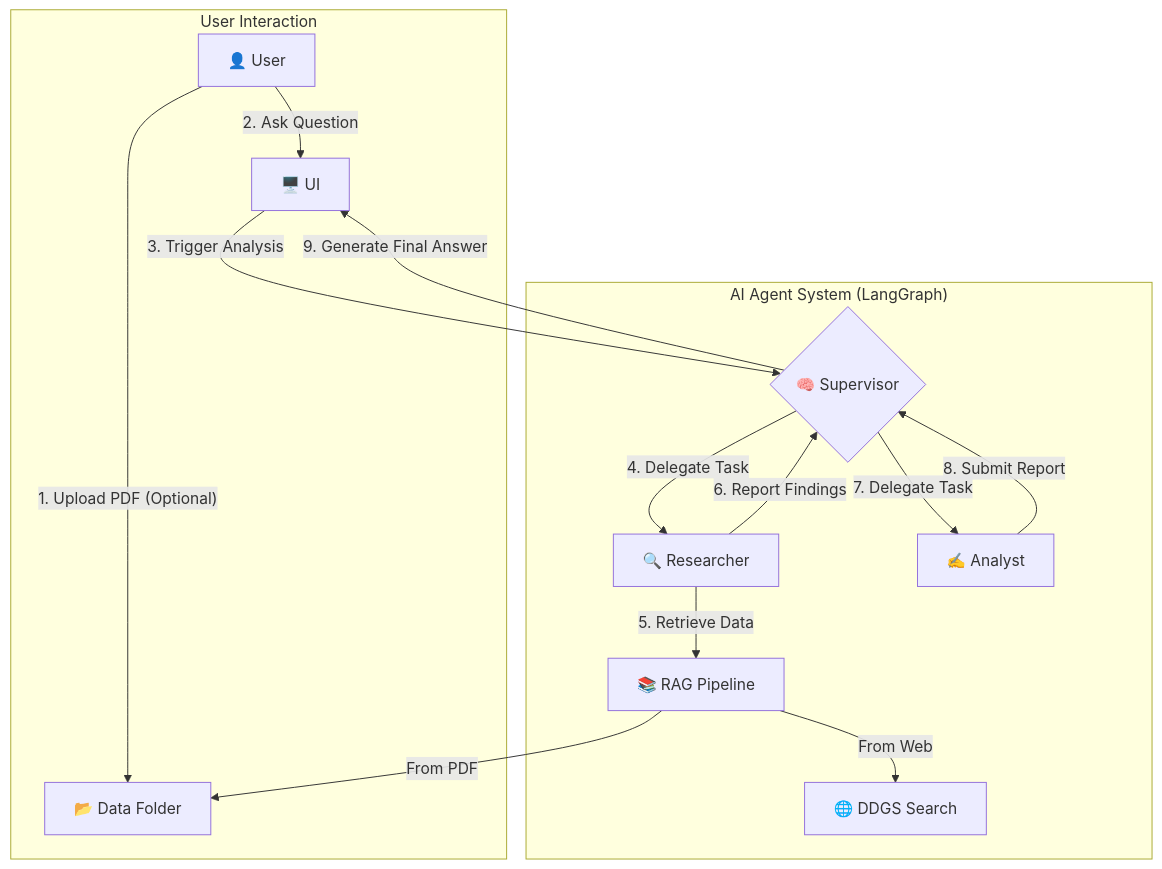
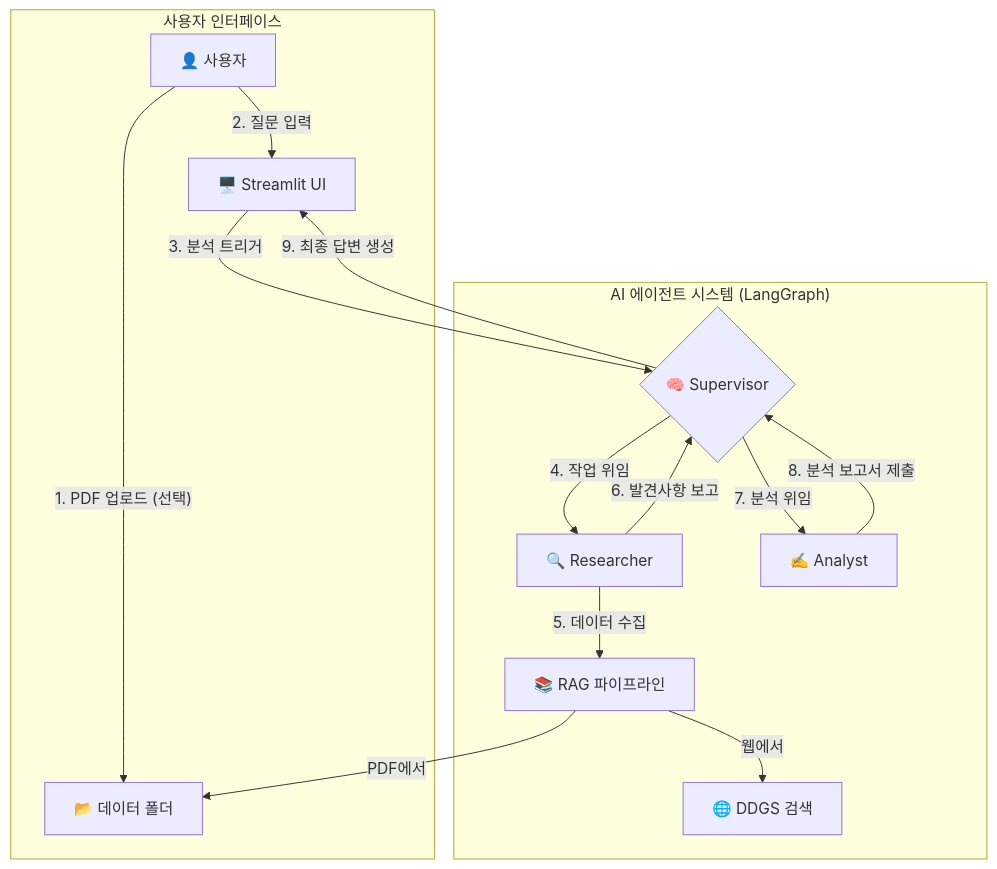
Before and after one commit to SukbeomH/Wiki-multiagents: the diagram in README.md, drawn with Mermaid. The commit also changed other lines of this file and 26 other files, not shown here.

````diff
--- a/README.md
+++ b/README.md
@@ -24,18 +35,19 @@
 ```mermaid
 graph TD
-  subgraph "User Interaction"
-    A[👤 User] -- 1. Upload PDF (Optional) --> F[📂 Data Folder];
-    A -- 2. Ask Question --> E[🖥️ UI];
+  subgraph "사용자 인터페이스"
+    A[👤 사용자] -- 1. PDF 업로드 (선택) --> F[📂 데이터 폴더]
+    A -- 2. 질문 입력 --> E[🖥️ Streamlit UI]
   end
-  subgraph "AI Agent System (LangGraph)"
-    E -- 3. Trigger Analysis --> B{🧠 Supervisor};
-    B -- 4. Delegate Task --> C[🔍 Researcher];
-    C -- 5. Retrieve Data --> G[📚 RAG Pipeline];
-    G -- From PDF --> F[📂 Data Folder];
-    G -- From Web --> H[🌐 DDGS Search];
-    C -- 6. Report Findings --> B;
-    B -- 7. Delegate Task --> D[✍️ Analyst];
-    D -- 8. Submit Report --> B;
-    B -- 9. Generate Final Answer --> E;
+  
+  subgraph "AI 에이전트 시스템 (LangGraph)"
+    E -- 3. 분석 트리거 --> B{🧠 Supervisor}
+    B -- 4. 작업 위임 --> C[🔍 Researcher]
+    C -- 5. 데이터 수집 --> G[📚 RAG 파이프라인]
+    G -- PDF에서 --> F[📂 데이터 폴더]
+    G -- 웹에서 --> H[🌐 DDGS 검색]
+    C -- 6. 발견사항 보고 --> B
+    B -- 7. 분석 위임 --> D[✍️ Analyst]
+    D -- 8. 분석 보고서 제출 --> B
+    B -- 9. 최종 답변 생성 --> E
   end
 ```
````
